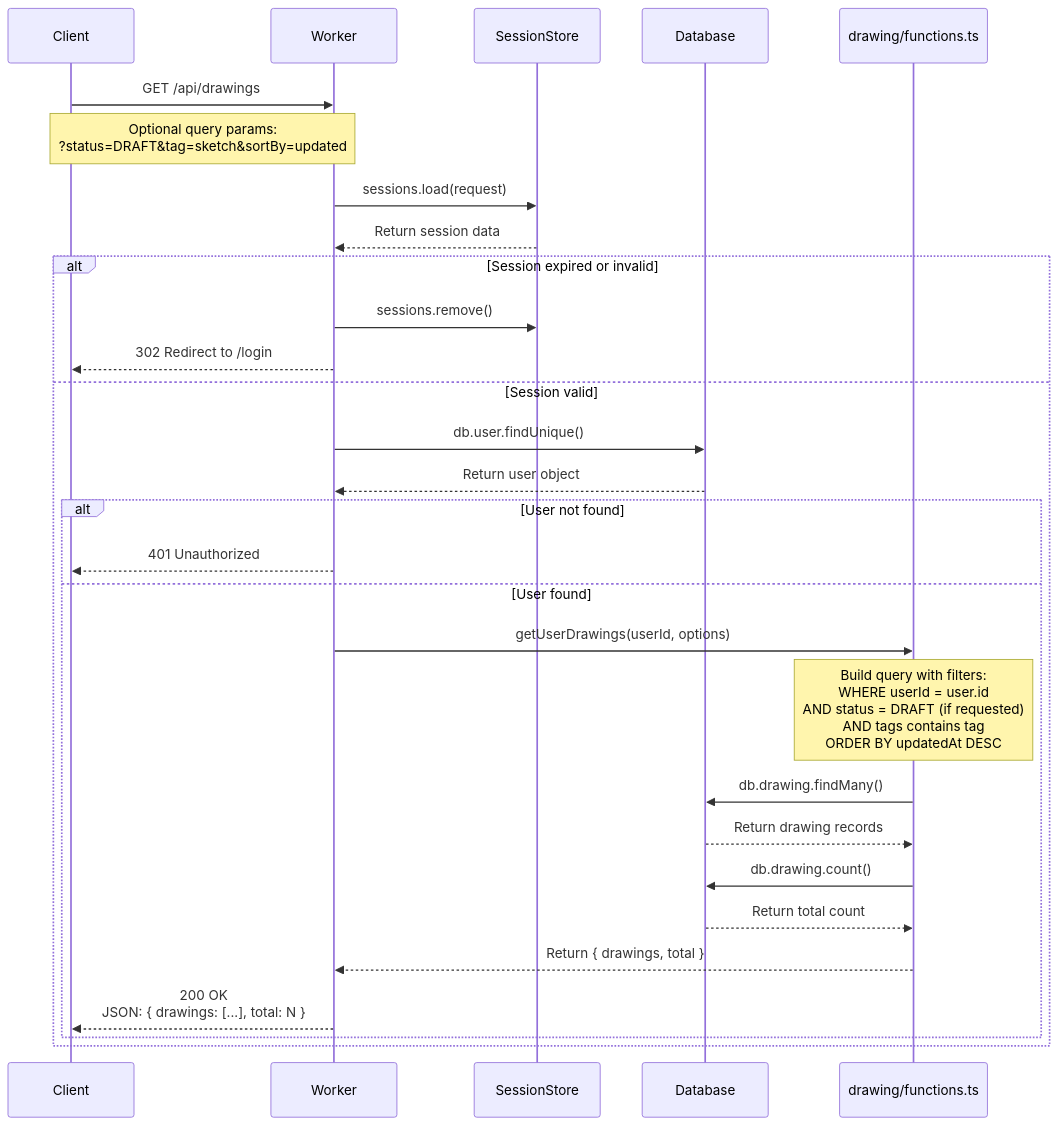
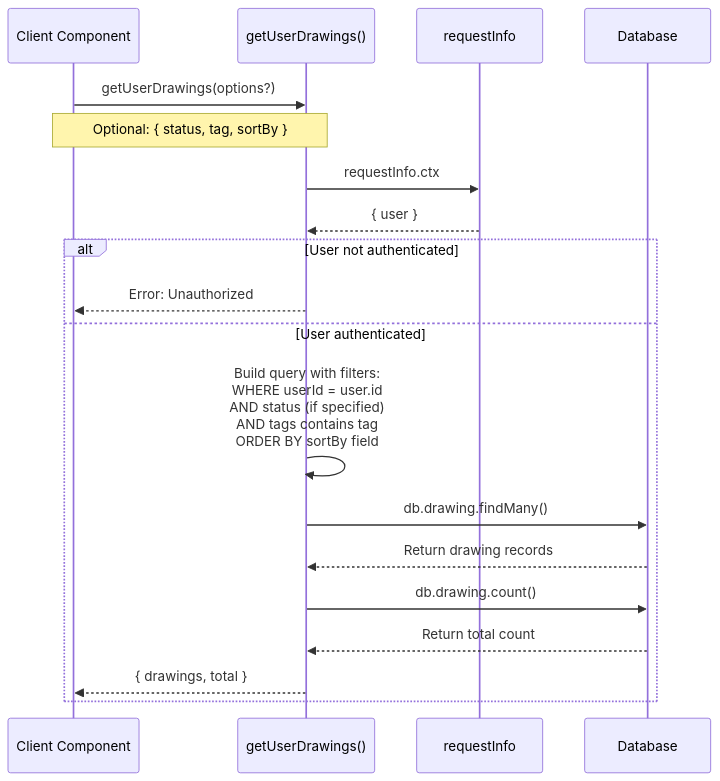
Before and after one commit to pddhkt/excalidraw-redwood-app: the fourth of 6 diagrams in DRAWING_API_DOCUMENTATION.md, drawn with Mermaid. The commit also changed other lines of this file, not shown here.

First line of the commit message:
Update drawing API documentation to use RedwoodSDK server functions

````diff
--- a/DRAWING_API_DOCUMENTATION.md
+++ b/DRAWING_API_DOCUMENTATION.md
@@ -534,37 +611,25 @@
 ```mermaid
 sequenceDiagram
-    participant Client
-    participant Worker
-    participant SessionStore
+    participant ClientComponent as Client Component
+    participant ServerFunction as getUserDrawings()
+    participant RequestInfo as requestInfo
     participant Database
-    participant Functions as drawing/functions.ts
 
-    Client->>Worker: GET /api/drawings
-    Note over Client,Worker: Optional query params:<br/>?status=DRAFT&tag=sketch&sortBy=updated
+    ClientComponent->>ServerFunction: getUserDrawings(options?)
+    Note over ClientComponent,ServerFunction: Optional: { status, tag, sortBy }
 
-    Worker->>SessionStore: sessions.load(request)
-    SessionStore-->>Worker: Return session data
+    ServerFunction->>RequestInfo: requestInfo.ctx
+    RequestInfo-->>ServerFunction: { user }
 
-    alt Session expired or invalid
-        Worker->>SessionStore: sessions.remove()
-        Worker-->>Client: 302 Redirect to /login
-    else Session valid
-        Worker->>Database: db.user.findUnique()
-        Database-->>Worker: Return user object
+    alt User not authenticated
+        ServerFunction-->>ClientComponent: Error: Unauthorized
+    else User authenticated
+        ServerFunction->>ServerFunction: Build query with filters:<br/>WHERE userId = user.id<br/>AND status (if specified)<br/>AND tags contains tag<br/>ORDER BY sortBy field
 
-        alt User not found
-            Worker-->>Client: 401 Unauthorized
-        else User found
-            Worker->>Functions: getUserDrawings(userId, options)
-            Note over Functions: Build query with filters:<br/>WHERE userId = user.id<br/>AND status = DRAFT (if requested)<br/>AND tags contains tag<br/>ORDER BY updatedAt DESC
-
-            Functions->>Database: db.drawing.findMany()
-            Database-->>Functions: Return drawing records
-            Functions->>Database: db.drawing.count()
-            Database-->>Functions: Return total count
-            Functions-->>Worker: Return { drawings, total }
-
-            Worker-->>Client: 200 OK<br/>JSON: { drawings: [...], total: N }
-        end
+        ServerFunction->>Database: db.drawing.findMany()
+        Database-->>ServerFunction: Return drawing records
+        ServerFunction->>Database: db.drawing.count()
+        Database-->>ServerFunction: Return total count
+        ServerFunction-->>ClientComponent: { drawings, total }
     end
 ```
````
